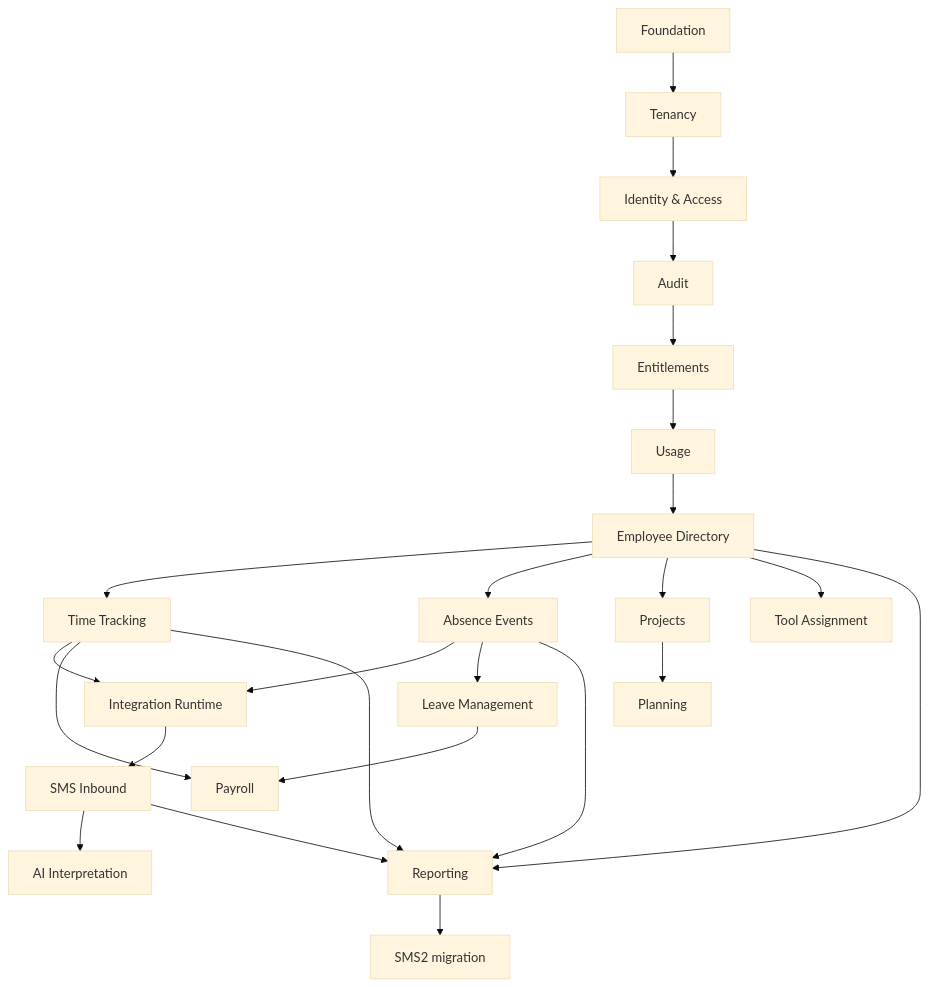
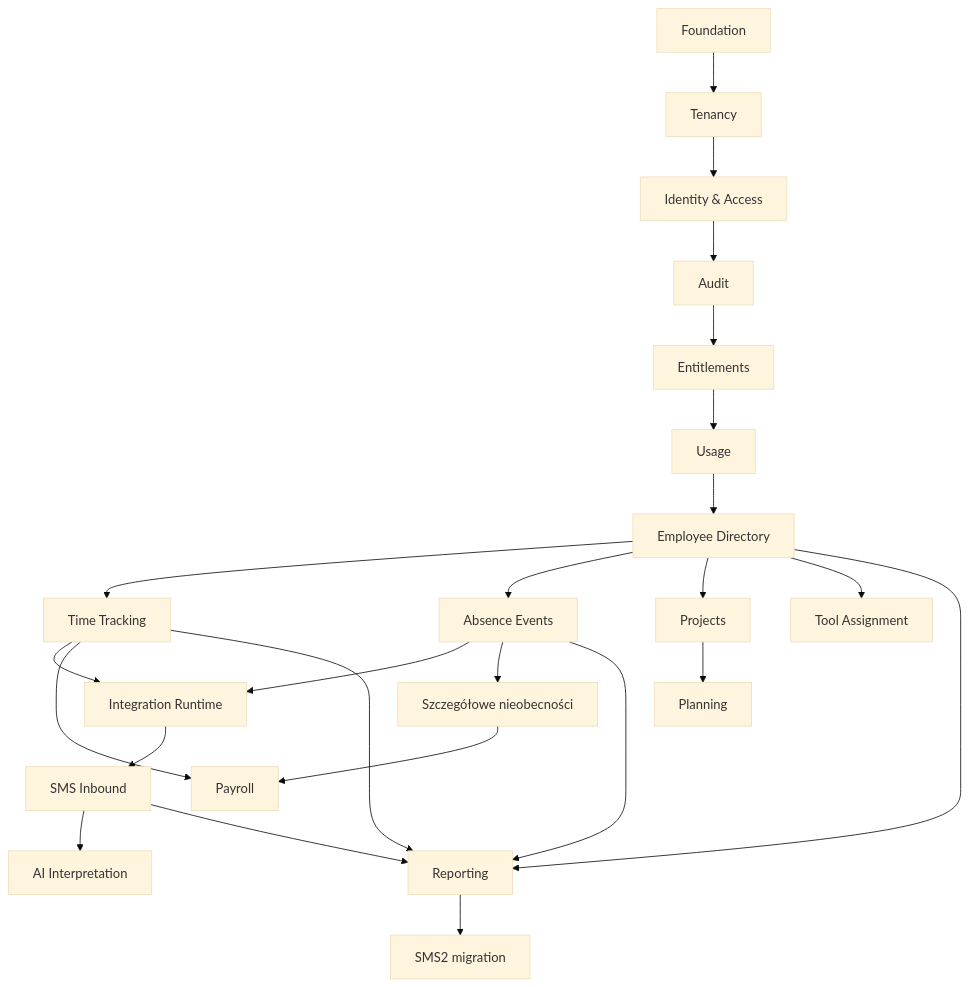
The diagram in docs/implementation/README.md (Doman5/sms-modular), drawn with Mermaid (base theme) before and after one commit. The commit also changed other lines of this file and 45 other files, not shown here.

````diff
--- a/docs/implementation/README.md
+++ b/docs/implementation/README.md
@@ -48,26 +47,26 @@
 ```mermaid
 flowchart TD
     F[Foundation] --> T[Tenancy]
     T --> I[Identity & Access]
     I --> A[Audit]
     A --> E[Entitlements]
     E --> U[Usage]
     U --> EMP[Employee Directory]
     EMP --> TIME[Time Tracking]
     EMP --> ABS[Absence Events]
     TIME --> IR[Integration Runtime]
     ABS --> IR
     IR --> SMS[SMS Inbound]
     SMS --> AI[AI Interpretation]
-    ABS --> LEAVE[Leave Management]
+    ABS --> LEAVE[Szczegółowe nieobecności]
     EMP --> PROJECTS[Projects]
     EMP --> TOOLS[Tool Assignment]
     PROJECTS --> PLAN[Planning]
     TIME --> PAY[Payroll]
     LEAVE --> PAY
     EMP --> REPORTS[Reporting]
     TIME --> REPORTS
     ABS --> REPORTS
     SMS --> REPORTS
     REPORTS --> MIGRATION[SMS2 migration]
 ```
````
